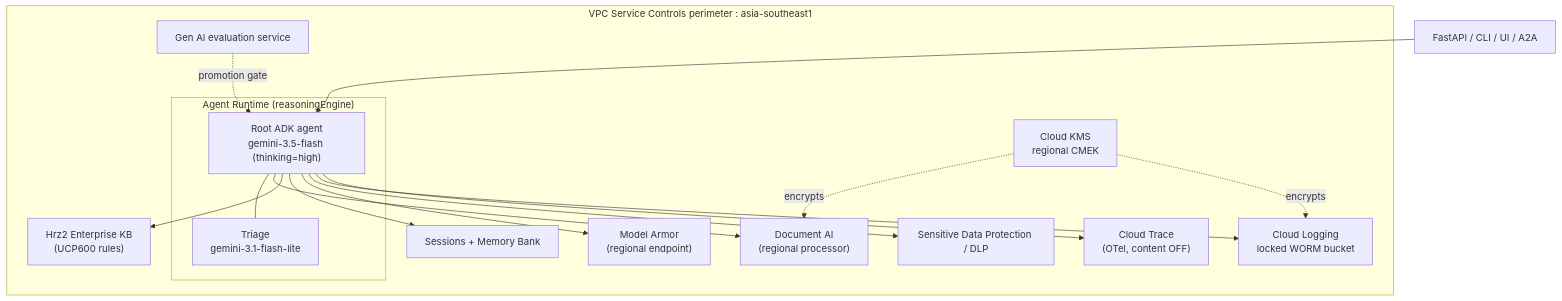
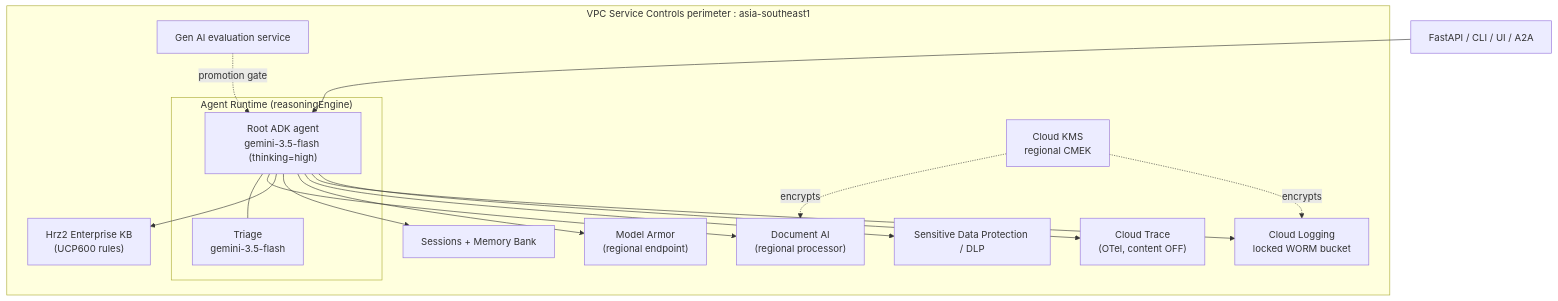
Before and after one commit to portable-genai/trade-finance-checker: the third of 5 diagrams in ARCHITECTURE.md, drawn with Mermaid. The commit also changed 4 other files, not shown here.

````diff
--- a/ARCHITECTURE.md
+++ b/ARCHITECTURE.md
@@ -164,31 +164,31 @@
 ```mermaid
 flowchart TB
     subgraph perimeter["VPC Service Controls perimeter : asia-southeast1"]
         subgraph runtime["Agent Runtime (reasoningEngine)"]
             ROOT["Root ADK agent<br/>gemini-3.5-flash (thinking=high)"]
-            TRIAGE["Triage<br/>gemini-3.1-flash-lite"]
+            TRIAGE["Triage<br/>gemini-3.5-flash"]
             ROOT --- TRIAGE
         end
         SESS["Sessions + Memory Bank"]
         DOCAI["Document AI<br/>(regional processor)"]
         KB["Hrz2 Enterprise KB<br/>(UCP600 rules)"]
         MA["Model Armor<br/>(regional endpoint)"]
         DLP["Sensitive Data Protection / DLP"]
         LOG["Cloud Logging<br/>locked WORM bucket"]
         TR["Cloud Trace<br/>(OTel, content OFF)"]
         EVAL["Gen AI evaluation service"]
         KMS["Cloud KMS<br/>regional CMEK"]
     end
 
     API["FastAPI / CLI / UI / A2A"] --> ROOT
     ROOT --> DOCAI
     ROOT --> KB
     ROOT --> SESS
     ROOT --> MA
     ROOT --> DLP
     ROOT --> LOG
     ROOT --> TR
     EVAL -. promotion gate .-> ROOT
     KMS -. encrypts .-> DOCAI
     KMS -. encrypts .-> LOG
 ```
````
